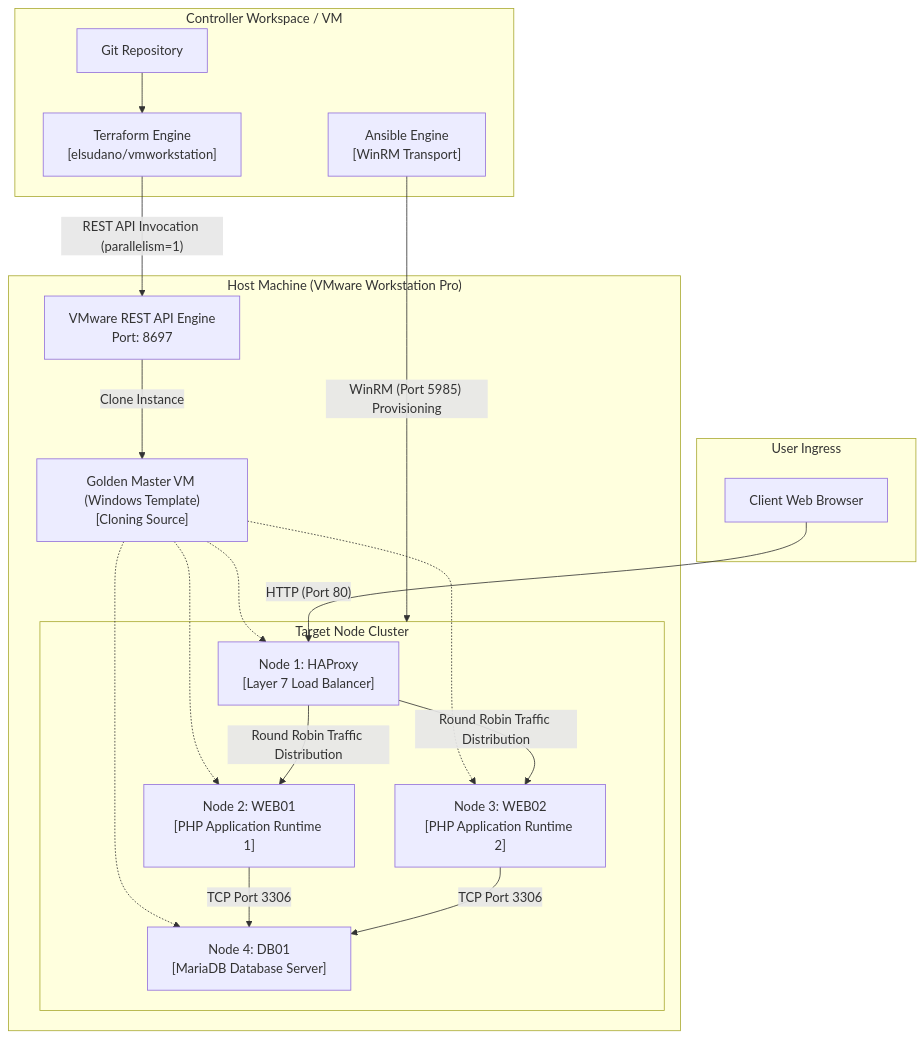
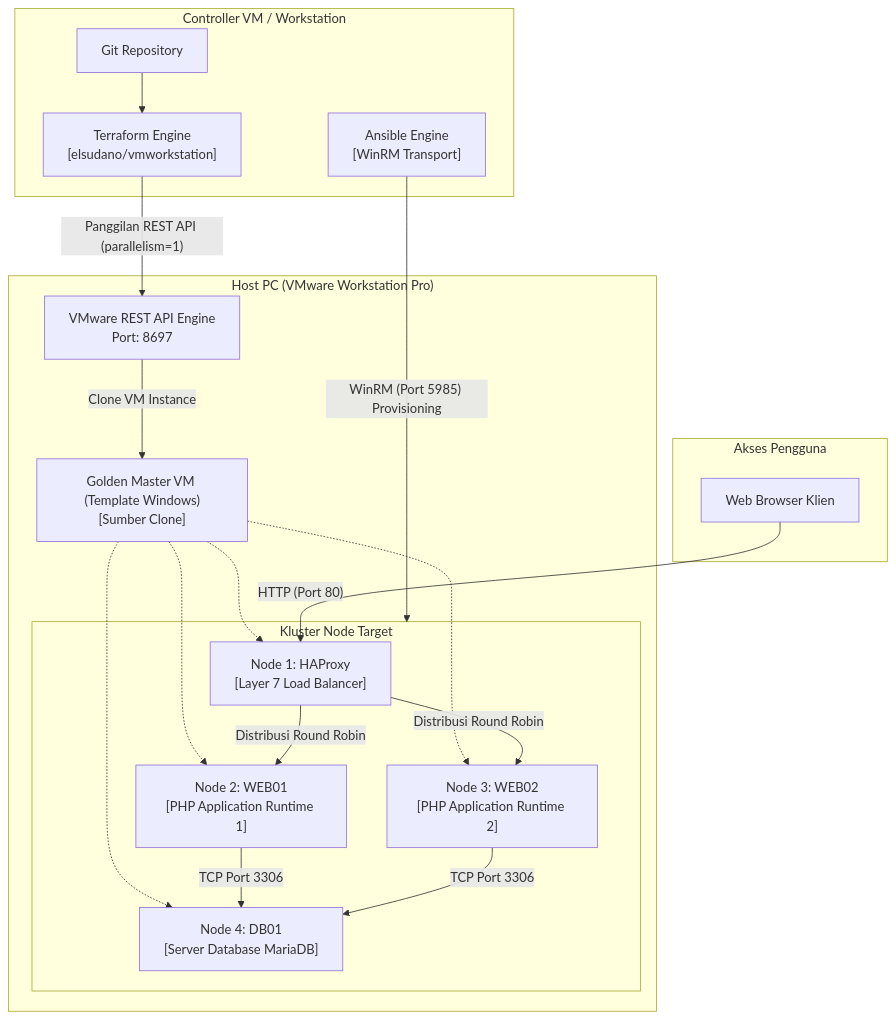
Before and after one commit to fendyramadhani9-cloud/kopdes-iac-automation: the diagram in README.md, drawn with Mermaid. The commit also changed other lines of this file and 1 other file, not shown here.

````diff
--- a/README.md
+++ b/README.md
@@ -34,40 +34,40 @@
 ```mermaid
 flowchart TD
-    subgraph Host["Host Machine (VMware Workstation Pro)"]
+    subgraph Host["Host PC (VMware Workstation Pro)"]
         vmrest["VMware REST API Engine\nPort: 8697"]
-        BaseVM["Golden Master VM (Windows Template)\n[Cloning Source]"]
+        BaseVM["Golden Master VM (Template Windows)\n[Sumber Clone]"]
         
-        subgraph Cluster["Target Node Cluster"]
+        subgraph Cluster["Kluster Node Target"]
             HAProxy["Node 1: HAProxy\n[Layer 7 Load Balancer]"]
             Web01["Node 2: WEB01\n[PHP Application Runtime 1]"]
             Web02["Node 3: WEB02\n[PHP Application Runtime 2]"]
-            DB01["Node 4: DB01\n[MariaDB Database Server]"]
+            DB01["Node 4: DB01\n[Server Database MariaDB]"]
         end
     end
 
-    subgraph ControlNode["Controller Workspace / VM"]
+    subgraph ControlNode["Controller VM / Workstation"]
         GitRepo["Git Repository"]
         TF["Terraform Engine\n[elsudano/vmworkstation]"]
         Ansible["Ansible Engine\n[WinRM Transport]"]
     end
 
-    subgraph Clients["User Ingress"]
-        Browser["Client Web Browser"]
+    subgraph Clients["Akses Pengguna"]
+        Browser["Web Browser Klien"]
     end
 
     GitRepo --> TF
-    TF -->|"REST API Invocation (parallelism=1)"| vmrest
-    vmrest -->|"Clone Instance"| BaseVM
+    TF -->|"Panggilan REST API (parallelism=1)"| vmrest
+    vmrest -->|"Clone VM Instance"| BaseVM
     BaseVM -.-> HAProxy
     BaseVM -.-> Web01
     BaseVM -.-> Web02
     BaseVM -.-> DB01
 
     Ansible -->|"WinRM (Port 5985) Provisioning"| Cluster
 
     Browser -->|"HTTP (Port 80)"| HAProxy
-    HAProxy -->|"Round Robin Traffic Distribution"| Web01
-    HAProxy -->|"Round Robin Traffic Distribution"| Web02
+    HAProxy -->|"Distribusi Round Robin"| Web01
+    HAProxy -->|"Distribusi Round Robin"| Web02
     Web01 -->|"TCP Port 3306"| DB01
     Web02 -->|"TCP Port 3306"| DB01
 ```
````
